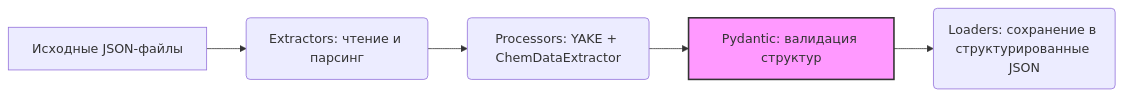
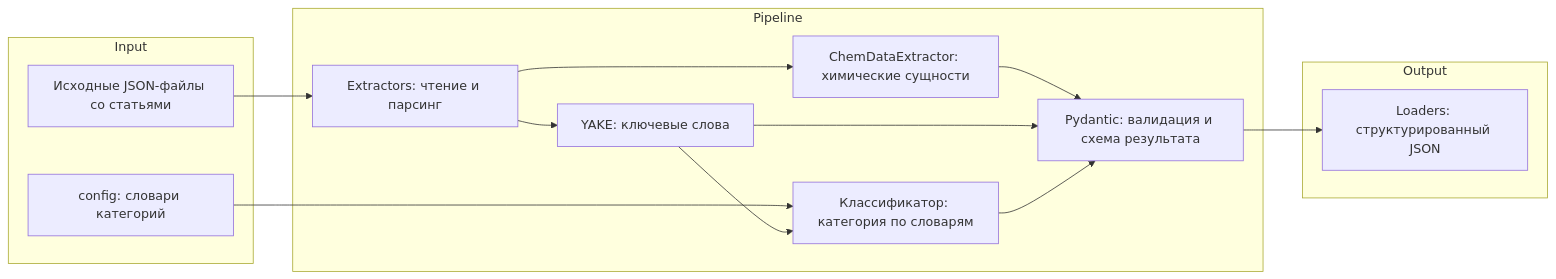
Before and after one commit to armatveeeva/scientific-articles-processor: the diagram in README.md, drawn with Mermaid. The commit also changed other lines of this file and 1 other file, not shown here.

Commit message:
docs: complete Quick Start section in README

````diff
--- a/README.md
+++ b/README.md
@@ -34,9 +33,25 @@
 ```mermaid
 flowchart LR
-    A[Исходные JSON-файлы] --> B(Extractors: чтение и парсинг)
-    B --> C(Processors: YAKE + ChemDataExtractor)
-    C --> D[Pydantic: валидация структур]
-    D --> E(Loaders: сохранение в структурированные JSON)
-
-    style D fill:#f9f,stroke:#333,stroke-width:2px
- ```
+    subgraph Input
+        A[Исходные JSON-файлы со статьями]
+        K[config: словари категорий]
+    end
+    subgraph Pipeline
+        B[Extractors: чтение и парсинг]
+        C1[ChemDataExtractor: химические сущности]
+        C2[YAKE: ключевые слова]
+        C3[Классификатор: категория по словарям]
+        D[Pydantic: валидация и схема результата]
+    end
+    subgraph Output
+        E[Loaders: структурированный JSON]
+    end
+    A --> B
+    B --> C1 & C2
+    K --> C3
+    C2 --> C3
+    C1 --> D
+    C2 --> D
+    C3 --> D
+    D --> E
+```
````
